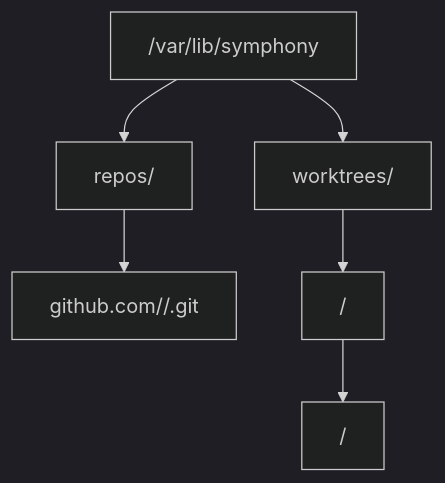
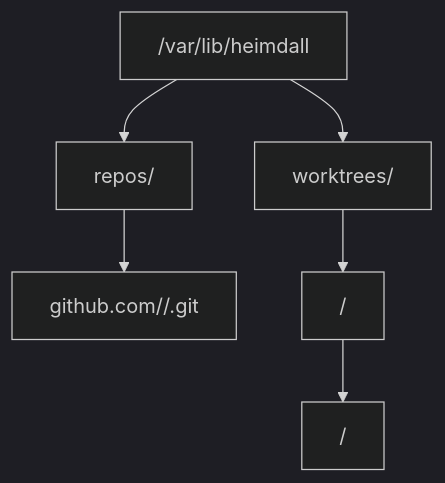
The second of 3 diagrams in docs/architecture.md (mngeow/heimdall), drawn with Mermaid (dark theme) before and after one commit. The commit also changed other lines of this file and 112 other files, not shown here.

````diff
--- a/docs/architecture.md
+++ b/docs/architecture.md
@@ -89,8 +89,8 @@
 ```mermaid
 flowchart TB
-    Root["/var/lib/symphony"] --> Repos["repos/"]
+    Root["/var/lib/heimdall"] --> Repos["repos/"]
     Root --> Worktrees["worktrees/"]
     Repos --> Mirror["github.com/<owner>/<repo>.git"]
     Worktrees --> Provider["<provider>/"]
     Provider --> Issue["<issue-key>/"]
 ```
````
